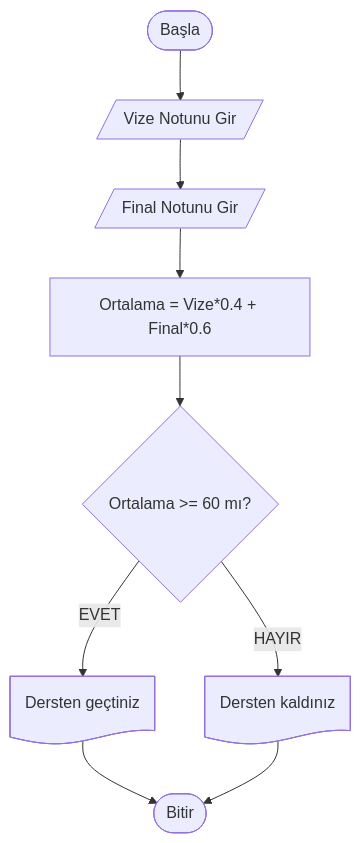
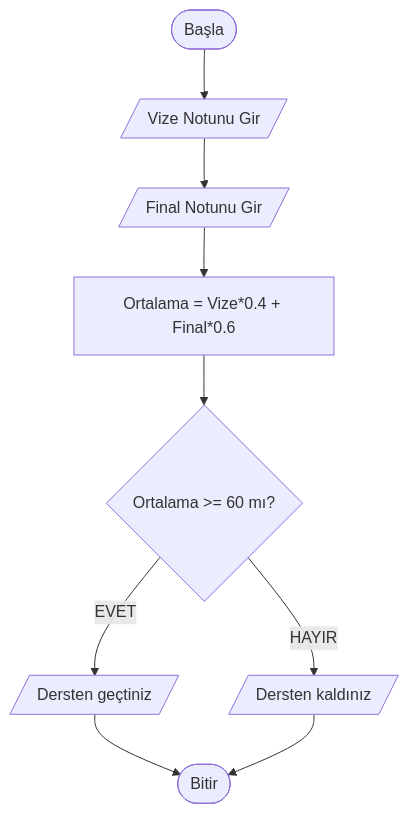
Before and after one commit to ibrahimayaz/Algoritma-ve-Programlamaya-Giris: the third of 10 diagrams in Hafta_04_Akis_Diyagramlari_1.md, drawn with Mermaid. The commit also changed other lines of this file, not shown here.

````diff
--- a/Hafta_04_Akis_Diyagramlari_1.md
+++ b/Hafta_04_Akis_Diyagramlari_1.md
@@ -96,13 +96,13 @@
 ```mermaid
 graph TD
     A([Başla]) --> B[/Vize Notunu Gir/]
     B --> C[/Final Notunu Gir/]
     C --> D[Ortalama = Vize*0.4 + Final*0.6]
     D --> E{Ortalama >= 60 mı?}
     
-    E -- EVET --> F@{ shape: doc, label: "Dersten geçtiniz" }
-    E -- HAYIR --> G@{ shape: doc, label: "Dersten kaldınız" }
+    E -- EVET --> F[/Dersten geçtiniz/]
+    E -- HAYIR --> G[/Dersten kaldınız/]
     
     F --> H([Bitir])
     G --> H([Bitir])
 ```
````
